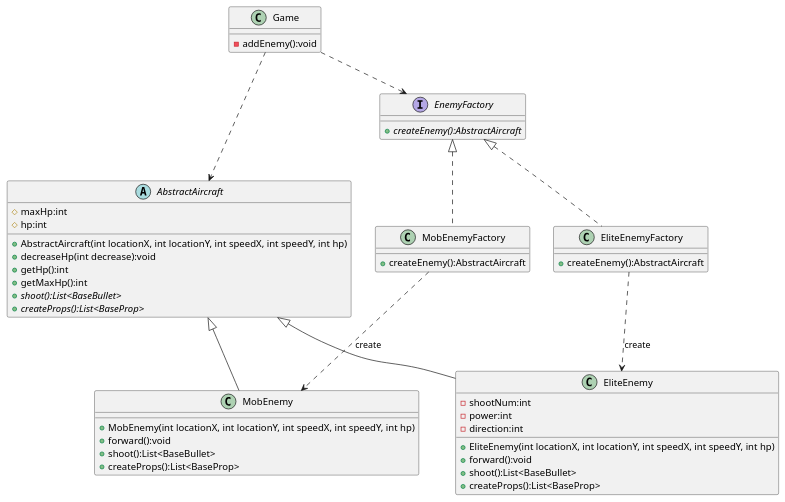
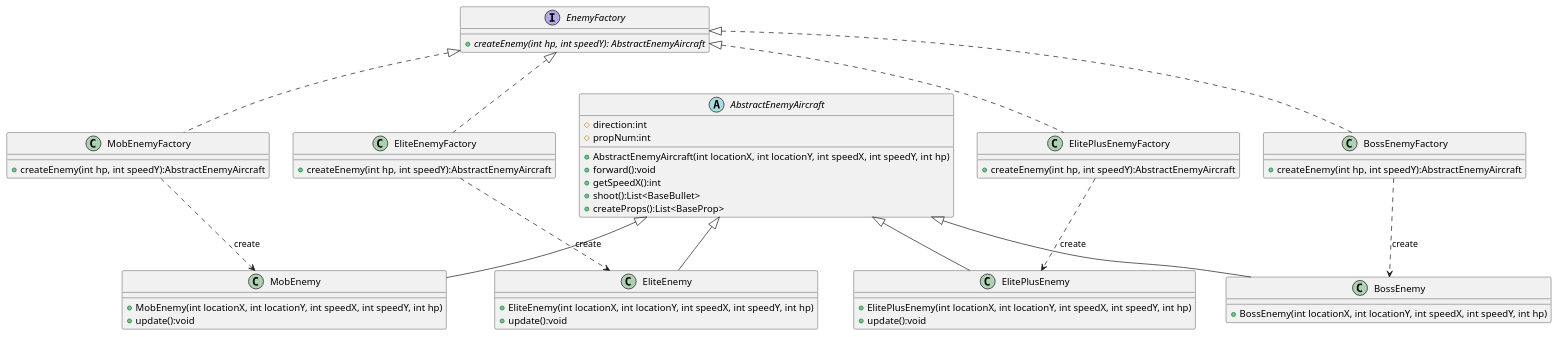
Before and after one commit to Culaccino00/AircraftWar: the diagram in uml/EnemyFactory.puml, drawn with PlantUML. The commit also changed 25 other files, not shown here.

```diff
--- a/uml/EnemyFactory.puml
+++ b/uml/EnemyFactory.puml
@@ -1,53 +1,66 @@
 @startuml
 'https://plantuml.com/class-diagram
 
-
-class Game{
-- addEnemy():void
+interface EnemyFactory {
+    + {abstract}createEnemy(int hp, int speedY): AbstractEnemyAircraft
 }
-abstract class AbstractAircraft
-{
-	# maxHp:int
-    # hp:int
-    + AbstractAircraft(int locationX, int locationY, int speedX, int speedY, int hp)
-    + decreaseHp(int decrease):void
-    + getHp():int
-    + getMaxHp():int
-    + {abstract} shoot():List<BaseBullet>
-    + {abstract} createProps():List<BaseProp>
- }
-interface EnemyFactory {
-    + {abstract}createEnemy():AbstractAircraft
+class MobEnemyFactory {
+    + createEnemy(int hp, int speedY):AbstractEnemyAircraft
 }
-Game ..> AbstractAircraft
-Game ..> EnemyFactory
 
 class EliteEnemyFactory {
-    +createEnemy():AbstractAircraft
+    + createEnemy(int hp, int speedY):AbstractEnemyAircraft
 }
-class MobEnemyFactory {
-    +createEnemy():AbstractAircraft
+
+class ElitePlusEnemyFactory{
+    + createEnemy(int hp, int speedY):AbstractEnemyAircraft
+}
+
+class BossEnemyFactory{
+    + createEnemy(int hp, int speedY):AbstractEnemyAircraft
 }
 EnemyFactory <|.. EliteEnemyFactory
 EnemyFactory <|.. MobEnemyFactory
+EnemyFactory <|.. ElitePlusEnemyFactory
+EnemyFactory <|.. BossEnemyFactory
 
-class EliteEnemy {
-    - shootNum:int
-    - power:int
-    - direction:int
-    + EliteEnemy(int locationX, int locationY, int speedX, int speedY, int hp)
+abstract class AbstractEnemyAircraft{
+    # direction:int
+    # propNum:int
+
+    + AbstractEnemyAircraft(int locationX, int locationY, int speedX, int speedY, int hp)
     + forward():void
+    + getSpeedX():int
     + shoot():List<BaseBullet>
     + createProps():List<BaseProp>
 }
+
 class MobEnemy {
     + MobEnemy(int locationX, int locationY, int speedX, int speedY, int hp)
-    + forward():void
-    + shoot():List<BaseBullet>
-    + createProps():List<BaseProp>
+    + update():void
 }
+AbstractEnemyAircraft <|-- MobEnemy
+
+class EliteEnemy {
+    + EliteEnemy(int locationX, int locationY, int speedX, int speedY, int hp)
+    + update():void
+}
+AbstractEnemyAircraft <|-- EliteEnemy
+
+class ElitePlusEnemy{
+    + ElitePlusEnemy(int locationX, int locationY, int speedX, int speedY, int hp)
+    + update():void
+}
+AbstractEnemyAircraft <|-- ElitePlusEnemy
+
+class BossEnemy{
+    + BossEnemy(int locationX, int locationY, int speedX, int speedY, int hp)
+}
+AbstractEnemyAircraft <|-- BossEnemy
+
 EliteEnemyFactory ..> EliteEnemy :create
 MobEnemyFactory ..> MobEnemy :create
-AbstractAircraft <|-- EliteEnemy
-AbstractAircraft <|-- MobEnemy
+ElitePlusEnemyFactory ..> ElitePlusEnemy :create
+BossEnemyFactory ..> BossEnemy :create
+
 @enduml
```
